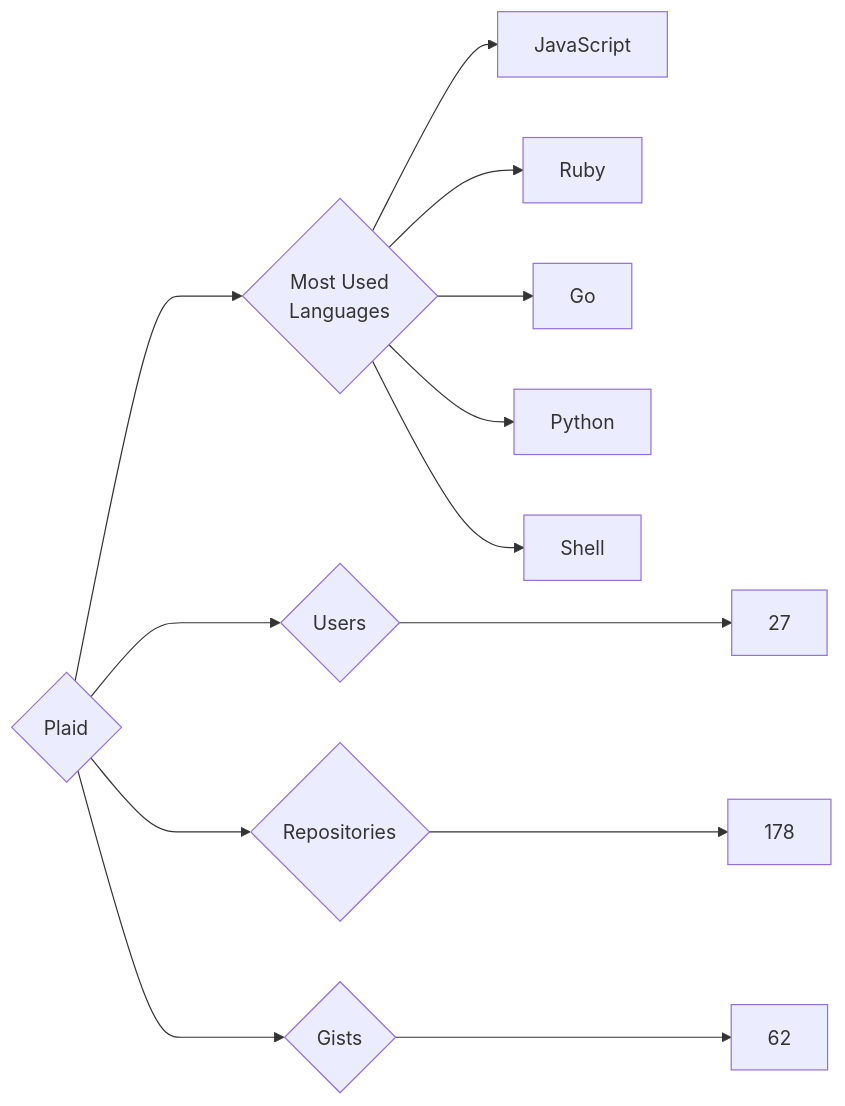
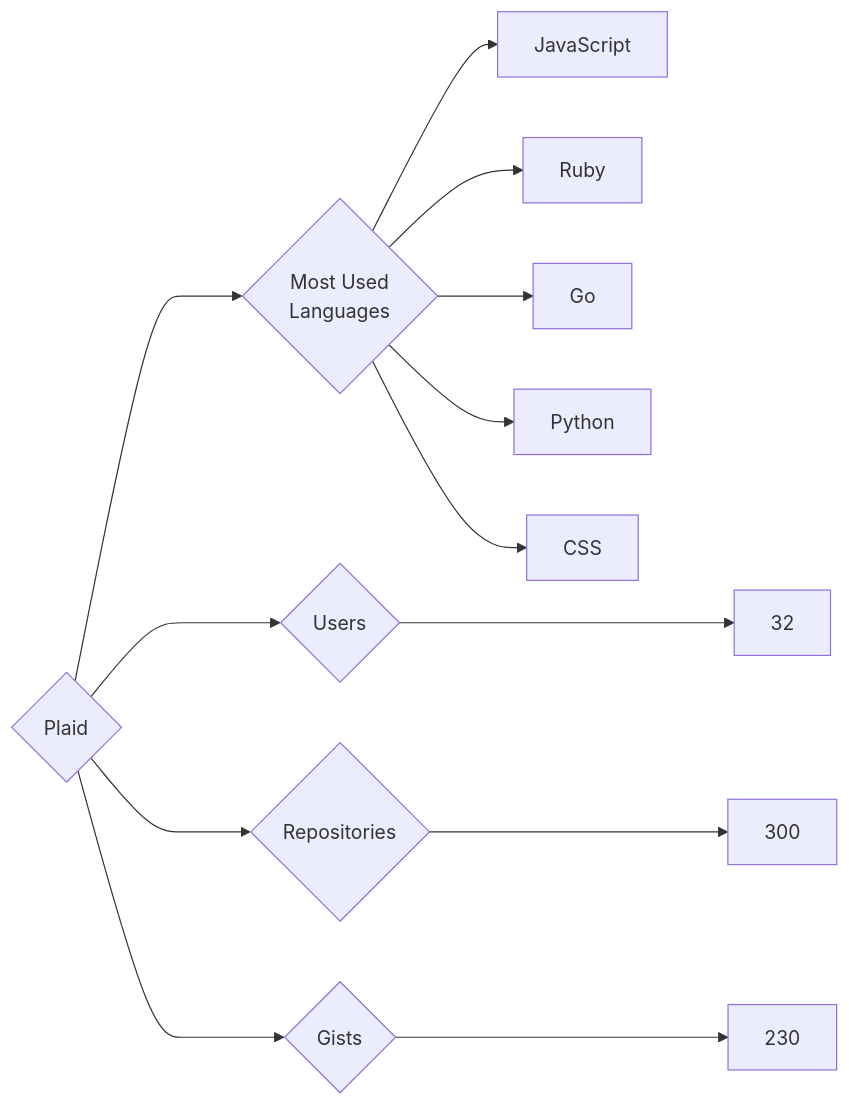
The diagram in targets/Plaid/README.md (trickest/insiders), drawn with Mermaid before and after one commit. The commit also changed 940 other files, not shown here.

````diff
--- a/targets/Plaid/README.md
+++ b/targets/Plaid/README.md
@@ -3,13 +3,13 @@
 ```mermaid
 graph LR
 COMPANY_NAME{Plaid}
-COMPANY_NAME ---> U{Users} ---> UN[27]
-COMPANY_NAME ---> R{Repositories} ---> RN[178]
-COMPANY_NAME ---> G{Gists} ---> GN[62]
+COMPANY_NAME ---> U{Users} ---> UN[32]
+COMPANY_NAME ---> R{Repositories} ---> RN[300]
+COMPANY_NAME ---> G{Gists} ---> GN[230]
 COMPANY_NAME ---> ML{Most Used<br>Languages}
 ML --> JavaScript[JavaScript]
 ML --> Ruby[Ruby]
 ML --> Go[Go]
 ML --> Python[Python]
-ML --> Shell[Shell]
+ML --> CSS[CSS]
 ```
````
